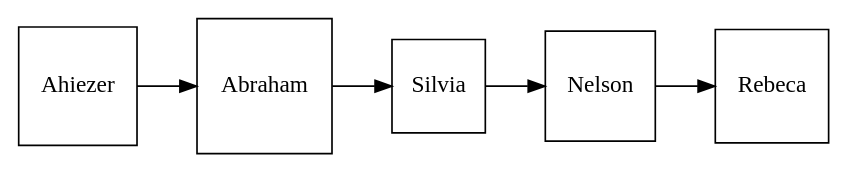
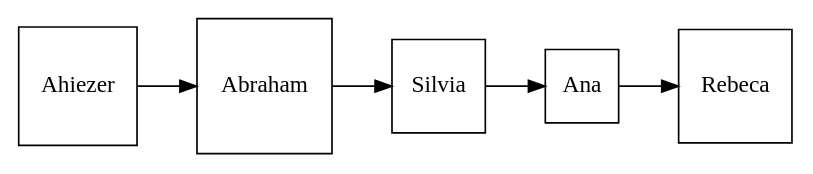
Before and after one commit to AhiezerRamirez/EDD_1S2020_PY1_201709062: the diagram in preorder.dot, drawn with Graphviz. The commit also changed 33 other files, not shown here.

```diff
--- a/preorder.dot
+++ b/preorder.dot
@@ -1,5 +1,5 @@
 digraph G {
  node [shape = square]; 
  graph [rankdir=LR];
-Ahiezer -> Abraham -> Silvia -> Nelson -> Rebeca 
+Ahiezer -> Abraham -> Silvia -> Ana -> Rebeca 
 }
```
